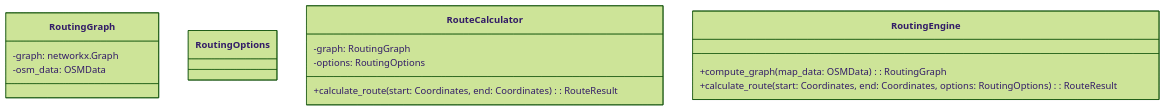
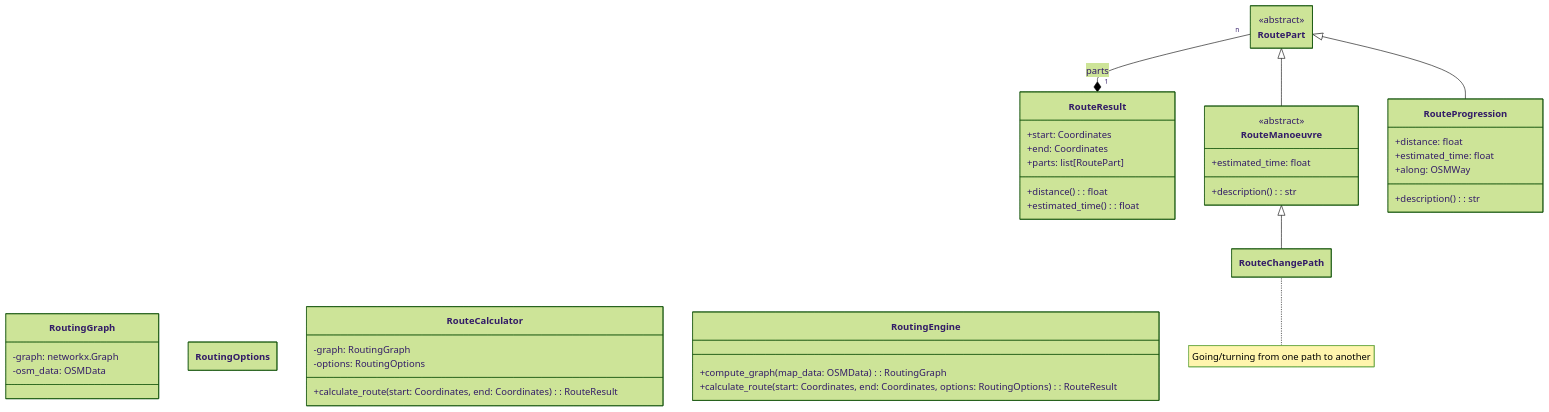
One commit to RandomSearch18/a-level-project changed the fifth of 5 diagrams in docs/readme.md. Above: the diagram before and after it, drawn with Mermaid (forest theme). The commit also changed other lines of this file, not shown here.

Commit message:
Class diagrams for routing: +

````diff
--- a/docs/readme.md
+++ b/docs/readme.md
@@ -1193,21 +1194,62 @@
 ```mermaid
+---
+  config:
+    class:
+      hideEmptyMembersBox: true
+---
 classDiagram
+direction BT
 class RoutingGraph {
   -graph: networkx.Graph
   -osm_data: OSMData
 }
 
 class RoutingOptions
 %% TODO RoutingOptions
+
+RouteResult "1" *-- "n" RoutePart : parts
+class RouteResult {
+  +start: Coordinates
+  +end: Coordinates
+  +parts: list[RoutePart]
+  +distance(): float
+  +estimated_time(): float
+}
+
+class RoutePart {
+  <<abstract>>
+}
+
+%% FIXME Spelling?!
+RouteManoeuvre --|> RoutePart
+class RouteManoeuvre {
+  <<abstract>>
+  +estimated_time: float
+  +description(): str
+}
+
+RouteChangePath --|> RouteManoeuvre
+note for RouteChangePath "Going/turning from one path to another"
+class RouteChangePath
+
+%% TODO more RouteManoeuvres
+
+RouteProgression --|> RoutePart
+class RouteProgression {
+  +distance: float
+  +estimated_time: float
+  +along: OSMWay
+  +description(): str
+}
 
 class RouteCalculator {
   -graph: RoutingGraph
   -options: RoutingOptions
   +calculate_route(start: Coordinates, end: Coordinates): RouteResult
 }
 
 class RoutingEngine {
   +compute_graph(map_data: OSMData): RoutingGraph
   +calculate_route(start: Coordinates, end: Coordinates, options: RoutingOptions): RouteResult
 }
 ```
````
